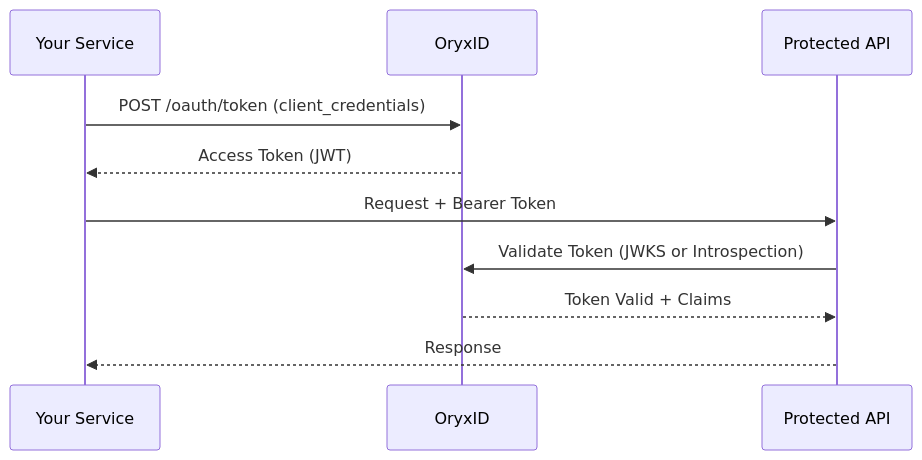
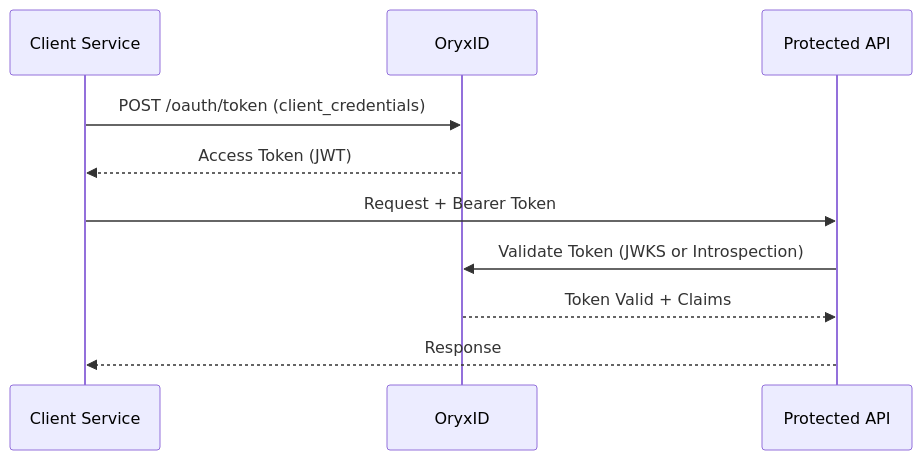
One commit to royzah/OryxID changed the diagram in docs/m2m-integration.md. Above: the diagram before and after it, drawn with Mermaid. The commit also changed other lines of this file and 1 other file, not shown here.

````diff
--- a/docs/m2m-integration.md
+++ b/docs/m2m-integration.md
@@ -7,13 +7,13 @@
 ```mermaid
 sequenceDiagram
-    participant Service as Your Service
+    participant Service as Client Service
     participant OryxID as OryxID
     participant API as Protected API
 
     Service->>OryxID: POST /oauth/token (client_credentials)
     OryxID-->>Service: Access Token (JWT)
     Service->>API: Request + Bearer Token
     API->>OryxID: Validate Token (JWKS or Introspection)
     OryxID-->>API: Token Valid + Claims
     API-->>Service: Response
 ```
````
